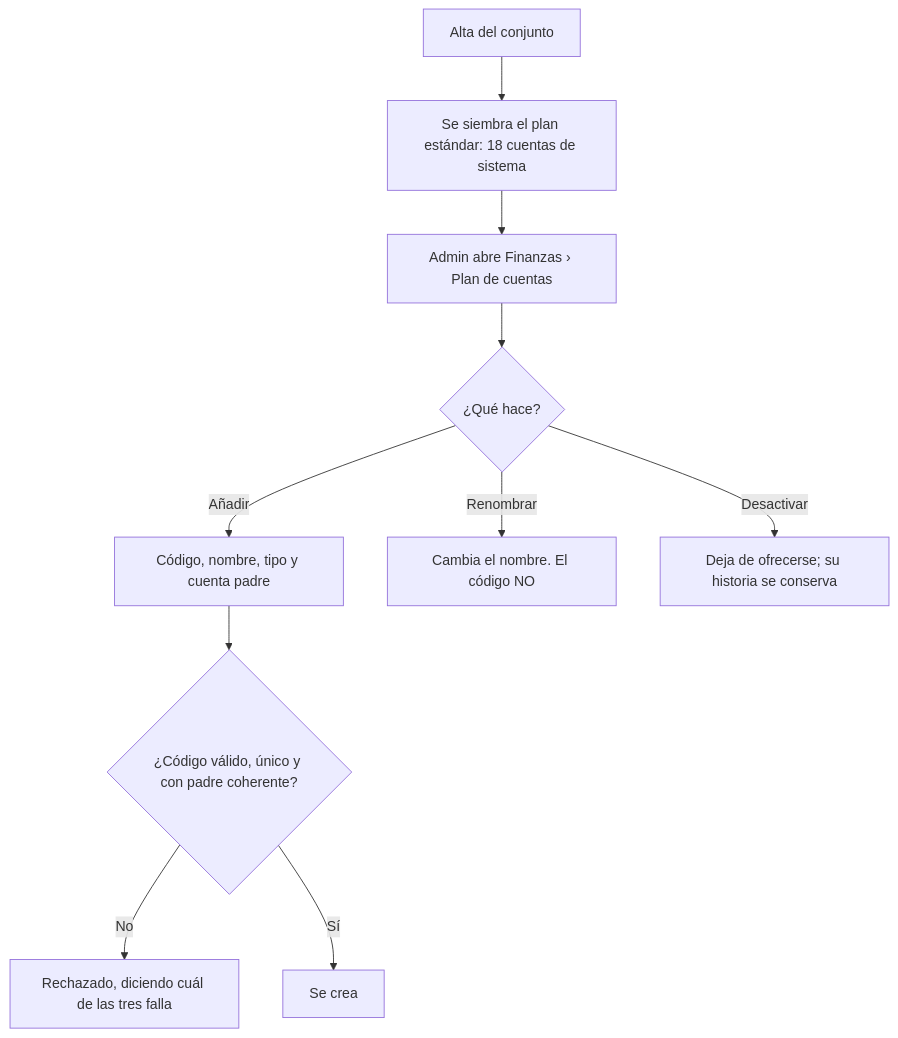
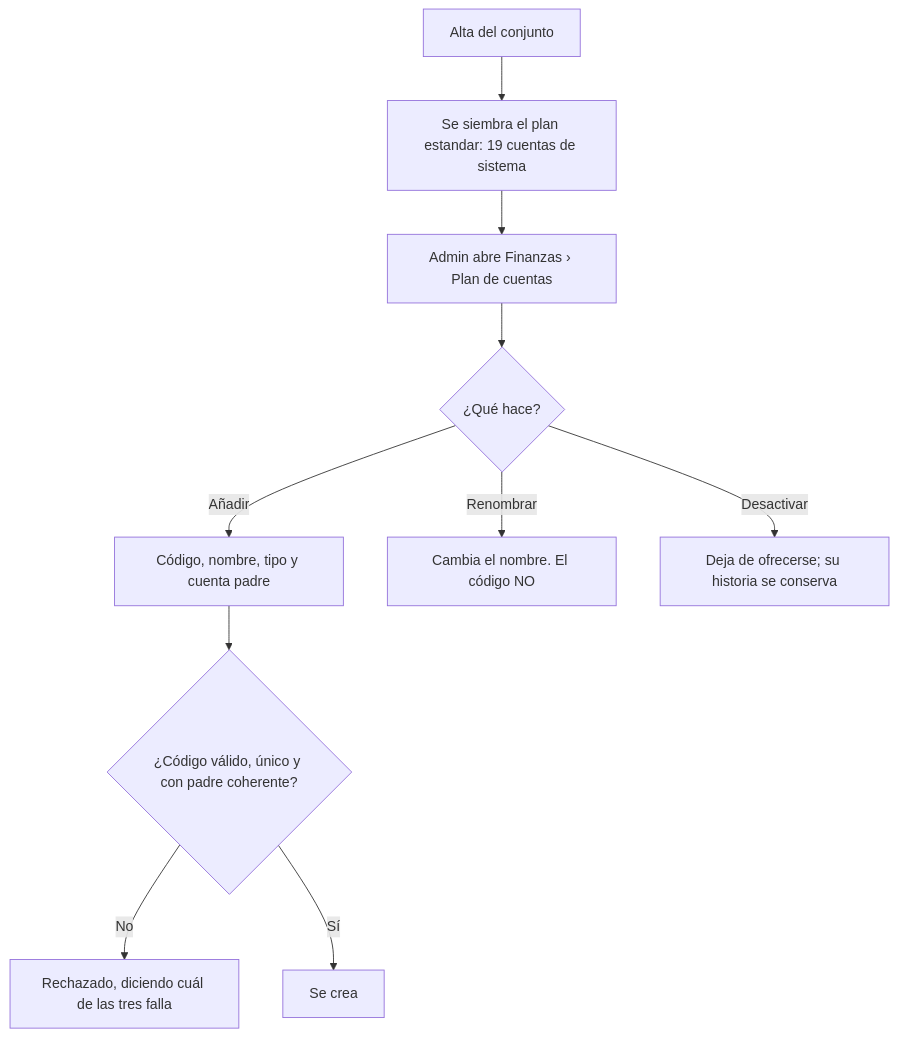
The diagram in docs/prd/funcionales/PRD-V-PLAT-003-plan-de-cuentas-gobernado.md (Leor14/vivaru), drawn with Mermaid before and after one commit. The commit also changed other lines of this file and 3 other files, not shown here.

````diff
--- a/docs/prd/funcionales/PRD-V-PLAT-003-plan-de-cuentas-gobernado.md
+++ b/docs/prd/funcionales/PRD-V-PLAT-003-plan-de-cuentas-gobernado.md
@@ -210,12 +212,12 @@
 ```mermaid
 flowchart TD
-    A[Alta del conjunto] --> B[Se siembra el plan estándar: 18 cuentas de sistema]
+    A[Alta del conjunto] --> B[Se siembra el plan estandar: 19 cuentas de sistema]
     B --> C[Admin abre Finanzas › Plan de cuentas]
     C --> D{¿Qué hace?}
     D -->|Añadir| E[Código, nombre, tipo y cuenta padre]
     D -->|Renombrar| F[Cambia el nombre. El código NO]
     D -->|Desactivar| G[Deja de ofrecerse; su historia se conserva]
     E --> H{¿Código válido, único y con padre coherente?}
     H -->|No| I[Rechazado, diciendo cuál de las tres falla]
     H -->|Sí| J[Se crea]
 ```
````
